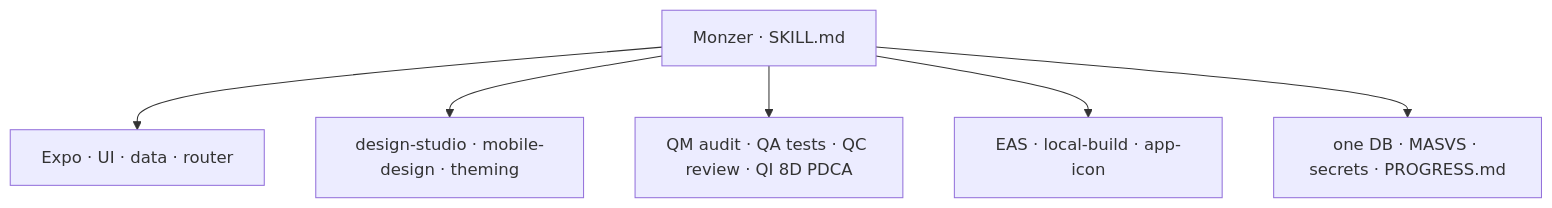
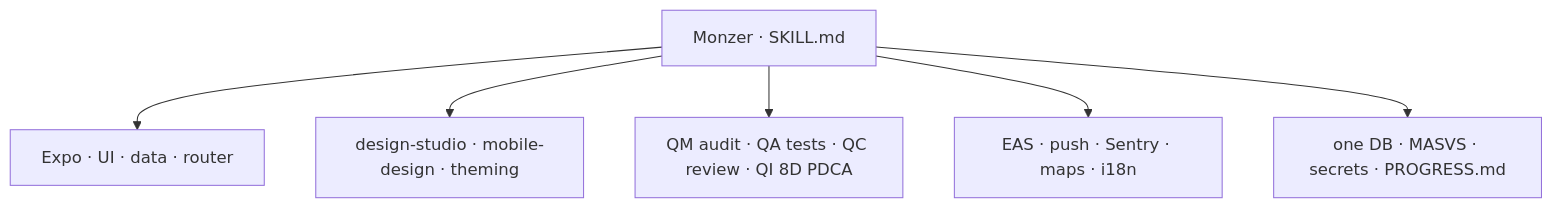
Before and after one commit to moonr5/monzer-mobile-skill: the third of 4 diagrams in README.md, drawn with Mermaid. The commit also changed 23 other files, not shown here.

First line of the commit message:
Add push, scan, maps, language, Sentry, and Amplitude leaves.

````diff
--- a/README.md
+++ b/README.md
@@ -90,9 +90,9 @@
 ```mermaid
 flowchart TB
   MASTER[Monzer · SKILL.md]
   MASTER --> EXPO[Expo · UI · data · router]
   MASTER --> DESIGN[design-studio · mobile-design · theming]
   MASTER --> QUALITY[QM audit · QA tests · QC review · QI 8D PDCA]
-  MASTER --> SHIP[EAS · local-build · app-icon]
+  MASTER --> SHIP[EAS · push · Sentry · maps · i18n]
   MASTER --> RULES[one DB · MASVS · secrets · PROGRESS.md]
 ```
````
